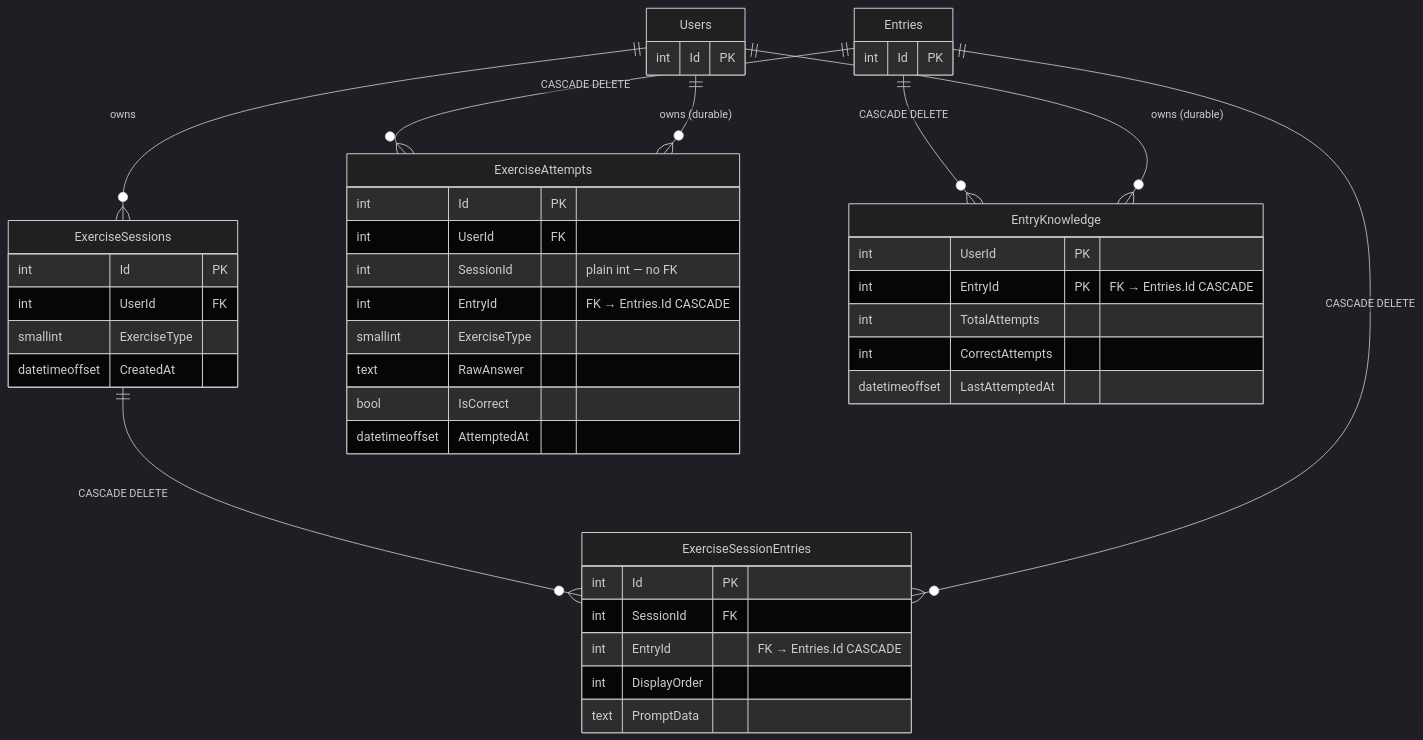
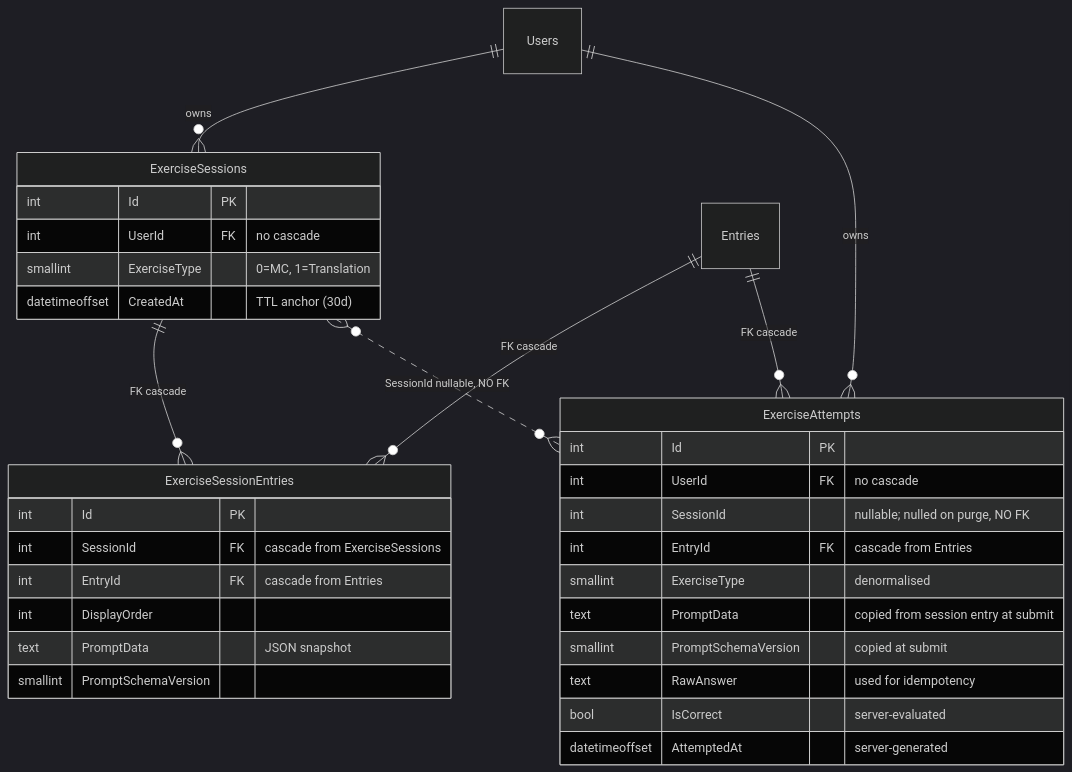
Before and after one commit to kgorbenko/wordfolio: the first of 9 diagrams in docs/exercises/diagrams.md, drawn with Mermaid (dark theme). The commit also changed other lines of this file and 6 other files, not shown here.

First line of the commit message:
docs: update exercise design with server-side evaluation and revised schema

````diff
--- a/docs/exercises/diagrams.md
+++ b/docs/exercises/diagrams.md
@@ -7,52 +11,40 @@
 ```mermaid
 erDiagram
-    Users {
-        int Id PK
-    }
+    Users ||--o{ ExerciseSessions : "owns"
+    Users ||--o{ ExerciseAttempts : "owns"
+
+    Entries ||--o{ ExerciseSessionEntries : "FK cascade"
+    Entries ||--o{ ExerciseAttempts : "FK cascade"
+
+    ExerciseSessions ||--o{ ExerciseSessionEntries : "FK cascade"
+    ExerciseSessions }o..o{ ExerciseAttempts : "SessionId nullable, NO FK"
 
     ExerciseSessions {
         int Id PK
-        int UserId FK
-        smallint ExerciseType
-        datetimeoffset CreatedAt
+        int UserId FK "no cascade"
+        smallint ExerciseType "0=MC, 1=Translation"
+        datetimeoffset CreatedAt "TTL anchor (30d)"
     }
 
     ExerciseSessionEntries {
         int Id PK
-        int SessionId FK
-        int EntryId "FK → Entries.Id CASCADE"
+        int SessionId FK "cascade from ExerciseSessions"
+        int EntryId FK "cascade from Entries"
         int DisplayOrder
-        text PromptData
+        text PromptData "JSON snapshot"
+        smallint PromptSchemaVersion
     }
 
     ExerciseAttempts {
         int Id PK
-        int UserId FK
-        int SessionId "plain int — no FK"
-        int EntryId "FK → Entries.Id CASCADE"
-        smallint ExerciseType
-        text RawAnswer
-        bool IsCorrect
-        datetimeoffset AttemptedAt
+        int UserId FK "no cascade"
+        int SessionId "nullable; nulled on purge, NO FK"
+        int EntryId FK "cascade from Entries"
+        smallint ExerciseType "denormalised"
+        text PromptData "copied from session entry at submit"
+        smallint PromptSchemaVersion "copied at submit"
+        text RawAnswer "used for idempotency"
+        bool IsCorrect "server-evaluated"
+        datetimeoffset AttemptedAt "server-generated"
     }
-
-    EntryKnowledge {
-        int UserId PK
-        int EntryId PK "FK → Entries.Id CASCADE"
-        int TotalAttempts
-        int CorrectAttempts
-        datetimeoffset LastAttemptedAt
-    }
-
-    Entries {
-        int Id PK
-    }
-
-    Users ||--o{ ExerciseSessions : "owns"
-    ExerciseSessions ||--o{ ExerciseSessionEntries : "CASCADE DELETE"
-    Entries ||--o{ ExerciseSessionEntries : "CASCADE DELETE"
-    Entries ||--o{ ExerciseAttempts : "CASCADE DELETE"
-    Entries ||--o{ EntryKnowledge : "CASCADE DELETE"
-    Users ||--o{ ExerciseAttempts : "owns (durable)"
-    Users ||--o{ EntryKnowledge : "owns (durable)"
 ```
````
